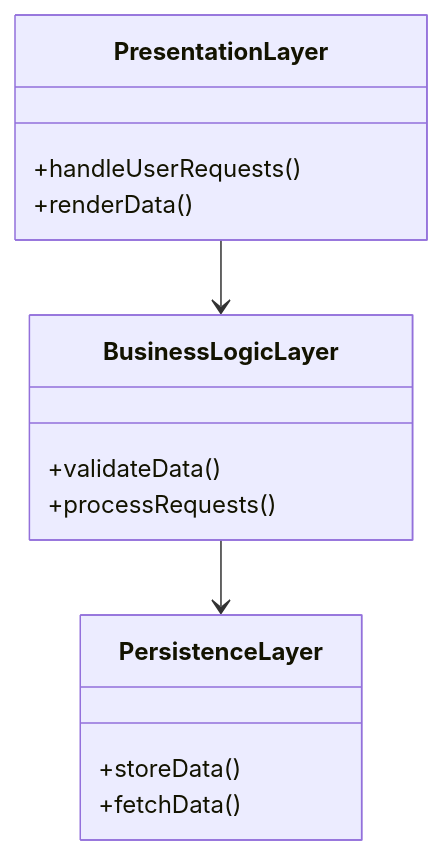
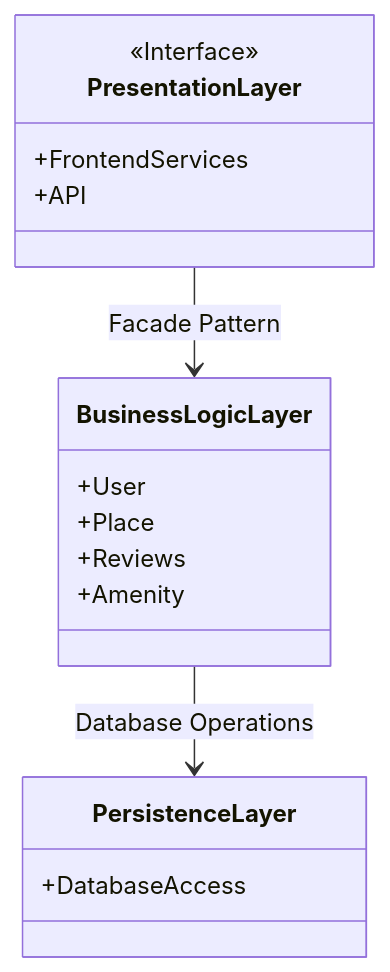
Before and after one commit to MaKSiiMe/holbertonschool-hbnb: the first of 7 diagrams in Documentation Compilation.md, drawn with Mermaid. The commit also changed other lines of this file, not shown here.

````diff
--- a/Documentation Compilation.md
+++ b/Documentation Compilation.md
@@ -57,17 +57,19 @@
 ```mermaid
 classDiagram
-  class PresentationLayer {
-    +handleUserRequests()
-    +renderData()
-  }
-  class BusinessLogicLayer {
-    +validateData()
-    +processRequests()
-  }
-  class PersistenceLayer {
-    +storeData()
-    +fetchData()
-  }
-  PresentationLayer --> BusinessLogicLayer
-  BusinessLogicLayer --> PersistenceLayer
+class PresentationLayer {
+    <<Interface>>
+    +FrontendServices
+    +API
+}
+class BusinessLogicLayer {
+    +User
+    +Place
+    +Reviews
+    +Amenity
+}
+class PersistenceLayer {
+    +DatabaseAccess
+}
+PresentationLayer --> BusinessLogicLayer : Facade Pattern
+BusinessLogicLayer --> PersistenceLayer : Database Operations
 ```
````
